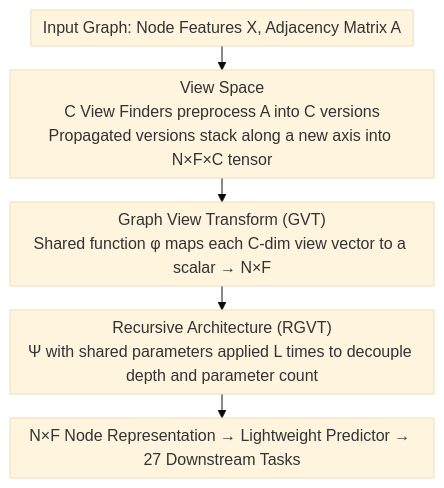
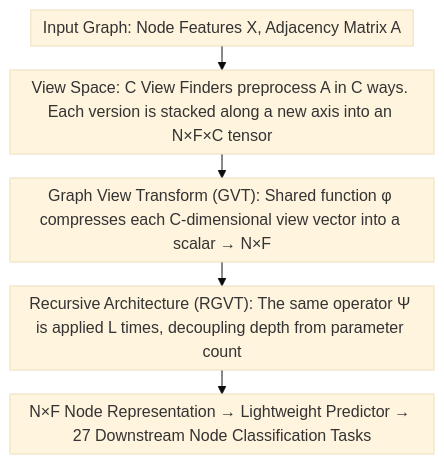
Before and after one commit to zhaoyang97/Paper-Notes-en: the diagram in docs/ICML2026/graph_learning/view_space_learning_representation_across_arbitrary_graphs.md, drawn with Mermaid (base theme). The commit also changed other lines of this file and 5084 other files, not shown here.

````diff
--- a/docs/ICML2026/graph_learning/view_space_learning_representation_across_arbitrary_graphs.md
+++ b/docs/ICML2026/graph_learning/view_space_learning_representation_across_arbitrary_graphs.md
@@ -43,9 +43,9 @@
 ```mermaid
 %%{init: {'flowchart': {'rankSpacing': 24, 'nodeSpacing': 28, 'padding': 6, 'wrappingWidth': 400}}}%%
 flowchart TD
     A["Input Graph: Node Features X, Adjacency Matrix A"]
-    A --> B["View Space<br/>C View Finders preprocess A into C versions<br/>Propagated versions stack along a new axis into N×F×C tensor"]
-    B --> C["Graph View Transform (GVT)<br/>Shared function φ maps each C-dim view vector to a scalar → N×F"]
-    C --> D["Recursive Architecture (RGVT)<br/>Ψ with shared parameters applied L times to decouple depth and parameter count"]
-    D --> E["N×F Node Representation → Lightweight Predictor → 27 Downstream Tasks"]
+    A --> B["View Space: C View Finders preprocess A in C ways. Each version is stacked along a new axis into an N×F×C tensor"]
+    B --> C["Graph View Transform (GVT): Shared function φ compresses each C-dimensional view vector into a scalar → N×F"]
+    C --> D["Recursive Architecture (RGVT): The same operator Ψ is applied L times, decoupling depth from parameter count"]
+    D --> E["N×F Node Representation → Lightweight Predictor → 27 Downstream Node Classification Tasks"]
 ```
````
